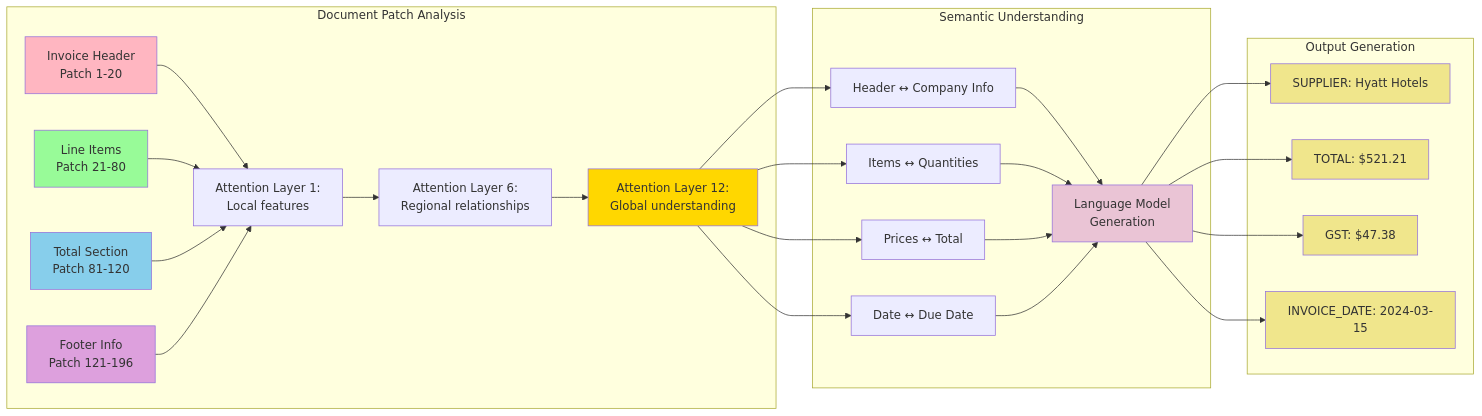
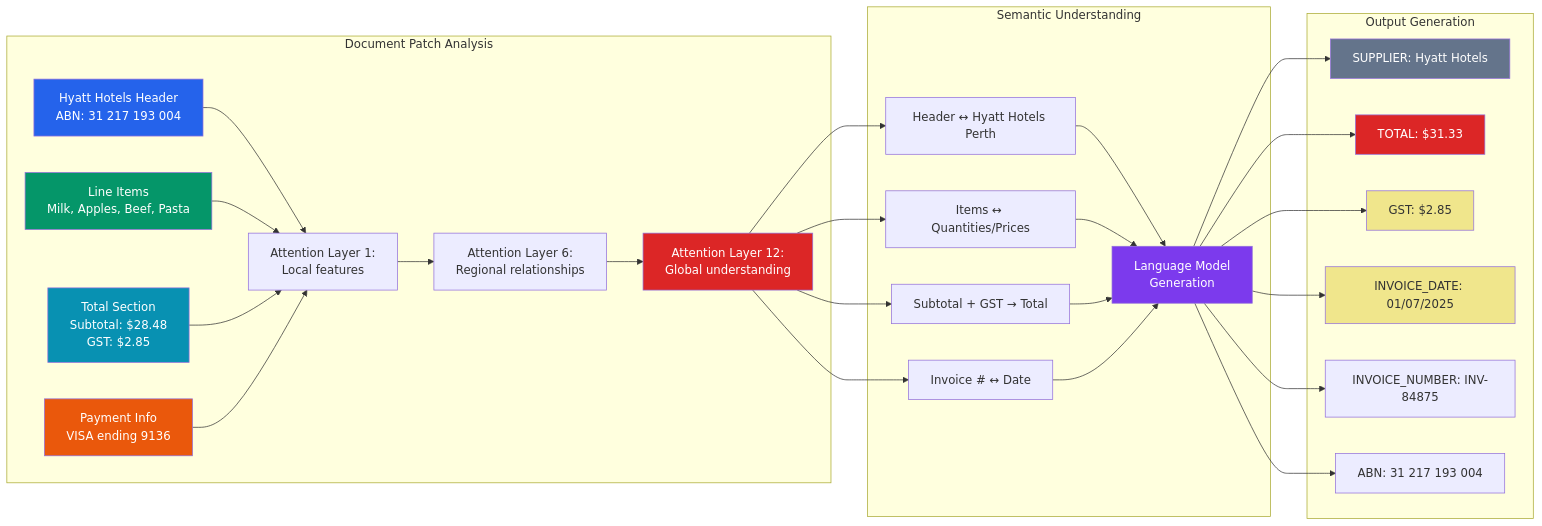
Before and after one commit to tmnestor/unified_vision_processor_minimal: the tenth of 10 diagrams in presentation_materials/mermaid_diagrams.md, drawn with Mermaid.

Commit message:
✨ feat: update Document Understanding Flow with Hyatt Hotels invoice data
- Use actual data from synthetic_invoice_014.png
- Show real items: Milk, Apples, Beef, Pasta
- Correct amounts: Subtotal .48, GST .85, Total .33
- Add invoice details: INV-84875, date 01/07/2025, ABN
- Apply professional color scheme matching Self-Attention diagram
- Export updated PNG with high resolution

````diff
--- a/presentation_materials/mermaid_diagrams.md
+++ b/presentation_materials/mermaid_diagrams.md
@@ -295,42 +295,44 @@
 ```mermaid
 graph LR
     subgraph "Document Patch Analysis"
-        D1[Invoice Header<br/>Patch 1-20] --> A1[Attention Layer 1:<br/>Local features]
-        D2[Line Items<br/>Patch 21-80] --> A1
-        D3[Total Section<br/>Patch 81-120] --> A1
-        D4[Footer Info<br/>Patch 121-196] --> A1
+        D1[Hyatt Hotels Header<br/>ABN: 31 217 193 004] --> A1[Attention Layer 1:<br/>Local features]
+        D2[Line Items<br/>Milk, Apples, Beef, Pasta] --> A1
+        D3[Total Section<br/>Subtotal: $28.48<br/>GST: $2.85] --> A1
+        D4[Payment Info<br/>VISA ending 9136] --> A1
         
         A1 --> A2[Attention Layer 6:<br/>Regional relationships]
         A2 --> A3[Attention Layer 12:<br/>Global understanding]
     end
     
-    subgraph "Semantic Understanding"
-        A3 --> S1[Header ↔ Company Info]
-        A3 --> S2[Items ↔ Quantities]
-        A3 --> S3[Prices ↔ Total]
-        A3 --> S4[Date ↔ Due Date]
+    subgraph "Semantic Understanding"  
+        A3 --> S1[Header ↔ Hyatt Hotels Perth]
+        A3 --> S2[Items ↔ Quantities/Prices]
+        A3 --> S3[Subtotal + GST → Total]
+        A3 --> S4[Invoice # ↔ Date]
         
         S1 --> LM[Language Model<br/>Generation]
         S2 --> LM
         S3 --> LM
         S4 --> LM
     end
     
     subgraph "Output Generation"
         LM --> O1[SUPPLIER: Hyatt Hotels]
-        LM --> O2[TOTAL: $521.21]
-        LM --> O3[GST: $47.38]
-        LM --> O4[INVOICE_DATE: 2024-03-15]
+        LM --> O2[TOTAL: $31.33]
+        LM --> O3[GST: $2.85]
+        LM --> O4[INVOICE_DATE: 01/07/2025]
+        LM --> O5[INVOICE_NUMBER: INV-84875]
+        LM --> O6[ABN: 31 217 193 004]
     end
     
-    style D1 fill:#ffb6c1
-    style D2 fill:#98fb98
-    style D3 fill:#87ceeb
-    style D4 fill:#dda0dd
-    style A3 fill:#ffd700
-    style LM fill:#eac4d5
-    style O1 fill:#f0e68c
-    style O2 fill:#f0e68c
+    style D1 fill:#2563eb,color:#fff
+    style D2 fill:#059669,color:#fff
+    style D3 fill:#0891b2,color:#fff
+    style D4 fill:#ea580c,color:#fff
+    style A3 fill:#dc2626,color:#fff
+    style LM fill:#7c3aed,color:#fff
+    style O1 fill:#64748b,color:#fff
+    style O2 fill:#dc2626,color:#fff
     style O3 fill:#f0e68c
     style O4 fill:#f0e68c
 ```
````
